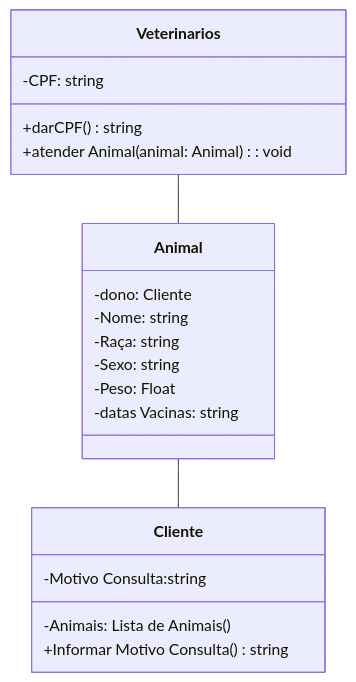
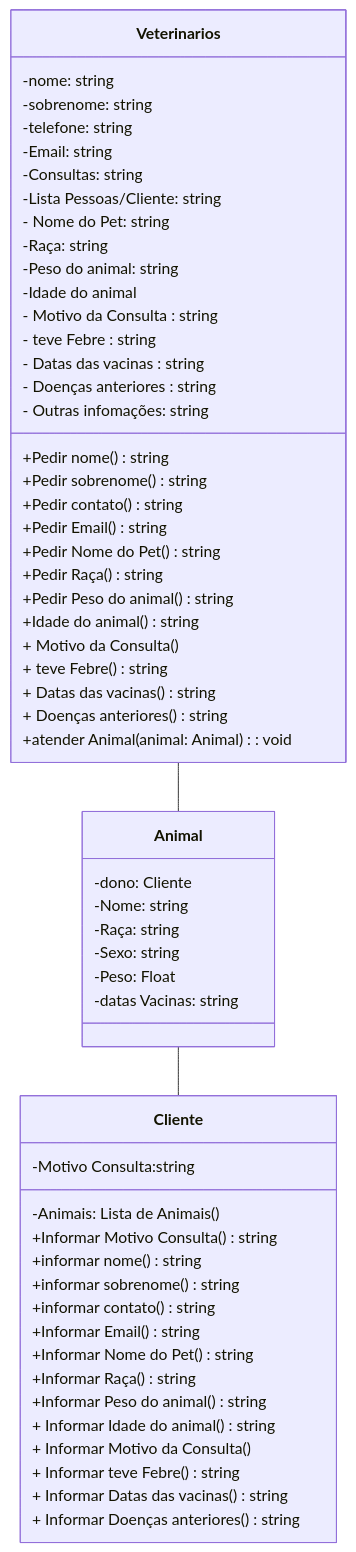
The second of 2 diagrams in README.md (Maysa76/trabalho-engenharia-software-2026), drawn with Mermaid before and after one commit.

Commit message:
Update Veterinarios and Cliente class attributes and methods

````diff
--- a/README.md
+++ b/README.md
@@ -31,31 +31,70 @@
 ```mermaid
 classDiagram
     class Veterinarios {
            %% atributos: caracteristicas que serao
         %% armazenados no sistema
-      -CPF: string
+      -nome: string
+      -sobrenome: string
+      -telefone: string
+      -Email: string
+      -Consultas: string 
+      -Lista Pessoas/Cliente: string
+      - Nome do Pet: string
+      -Raça: string
+      -Peso do animal: string
+      -Idade do animal 
+      - Motivo da Consulta : string
+      - teve Febre : string
+      - Datas das vacinas : string
+      - Doenças anteriores : string
+      - Outras infomações: string
+
       %% metodos: acoes que serao desempenhadas
       %% por essa entidade no sistema 
-      +darCPF() string
+      +Pedir nome() string
+      +Pedir sobrenome() string
+      +Pedir contato() string
+      +Pedir Email() string
+      +Pedir Nome do Pet() string
+      +Pedir Raça() string
+      +Pedir Peso do animal() string
+      +Idade do animal () string
+      + Motivo da Consulta ()
+      + teve Febre () string
+      + Datas das vacinas () string
+      + Doenças anteriores () string
       +atender Animal(animal: Animal): void
     }
 
     Veterinarios -- Animal 
      Animal -- Cliente
     
     class Animal {
         -dono: Cliente
         -Nome: string
         -Raça: string
         -Sexo: string
         -Peso: Float
         -datas Vacinas: string
     
     }
      
     class Cliente {
     -Animais: Lista de Animais ()
     -Motivo Consulta:string
     +Informar Motivo Consulta() string
+     +informar nome() string
+      +informar sobrenome() string
+      +informar contato() string
+      +Informar Email() string
+      +Informar Nome do Pet() string
+      +Informar Raça() string
+      +Informar Peso do animal() string
+      + Informar Idade do animal () string
+      + Informar Motivo da Consulta ()
+      + Informar teve Febre () string
+      + Informar Datas das vacinas () string
+      + Informar Doenças anteriores () string
+      
     }
 ```
````
